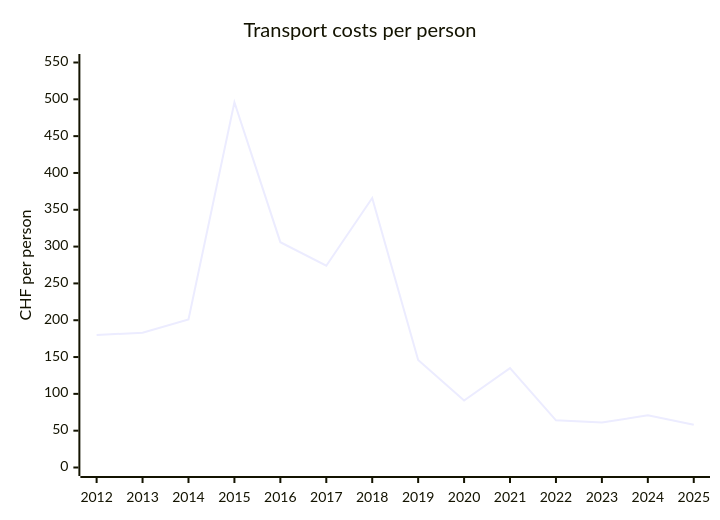
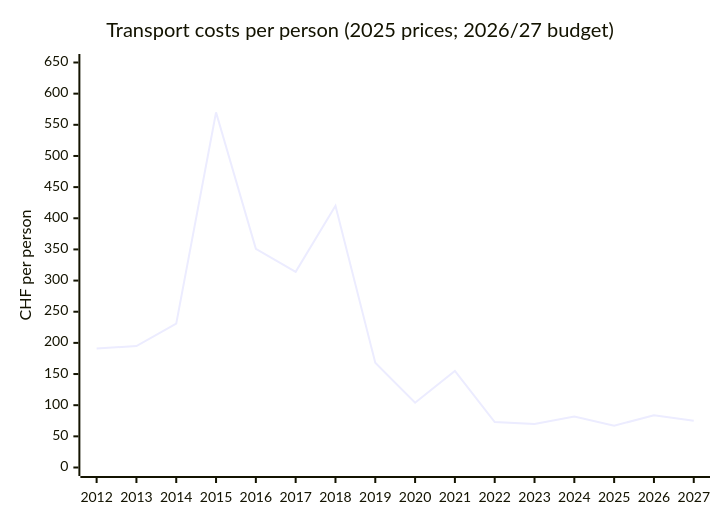
One commit to risajef/risajef.github.io changed the eighth of 14 diagrams in docs/politik/finanzen-beringen.en.md. Above: the diagram before and after it, drawn with Mermaid. The commit also changed other lines of this file and 1 other file, not shown here.

````diff
--- a/docs/politik/finanzen-beringen.en.md
+++ b/docs/politik/finanzen-beringen.en.md
@@ -118,7 +143,7 @@
 ```mermaid
 xychart
-title "Transport costs per person"
-x-axis [2012, 2013, 2014, 2015, 2016, 2017, 2018, 2019, 2020, 2021, 2022, 2023, 2024, 2025]
-y-axis "CHF per person" 0 --> 550
-line [180, 183, 201, 496, 306, 274, 366, 146, 91, 135, 64, 61, 71, 58]
+title "Transport costs per person (2025 prices; 2026/27 budget)"
+x-axis [2012, 2013, 2014, 2015, 2016, 2017, 2018, 2019, 2020, 2021, 2022, 2023, 2024, 2025, 2026, 2027]
+y-axis "CHF per person" 0 --> 650
+line [191, 195, 231, 570, 351, 314, 420, 168, 104, 155, 73, 70, 82, 67, 84, 75]
 ```
````
